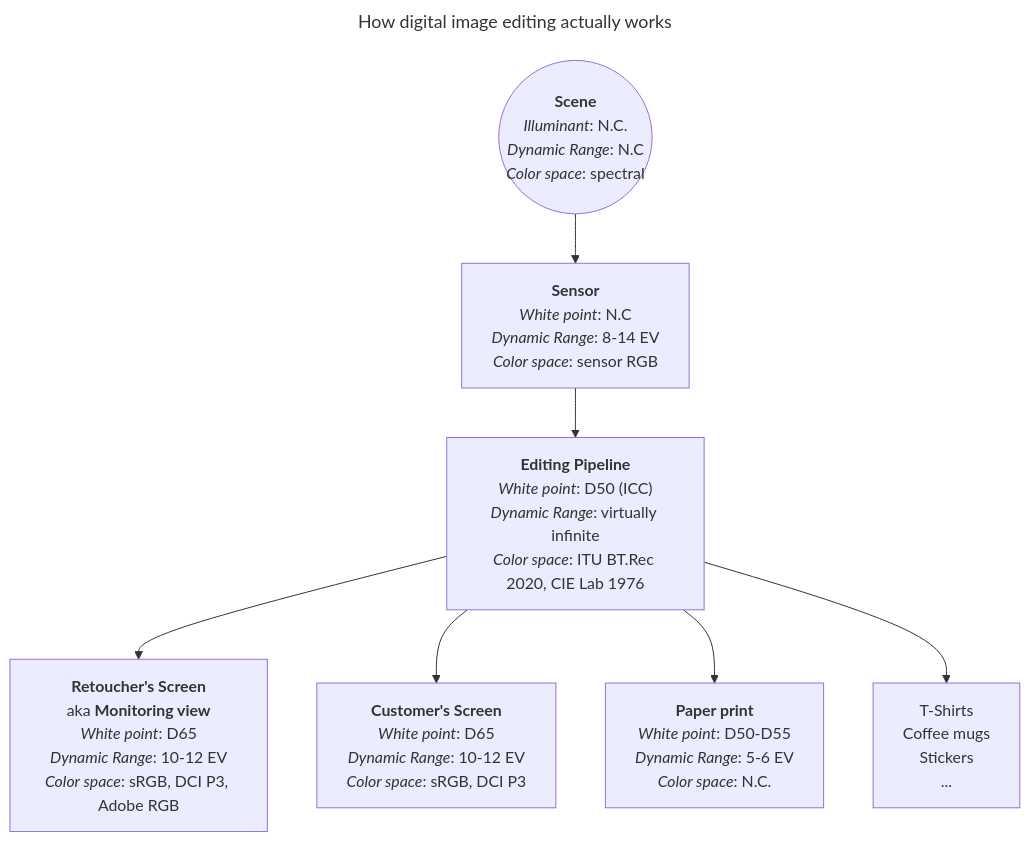
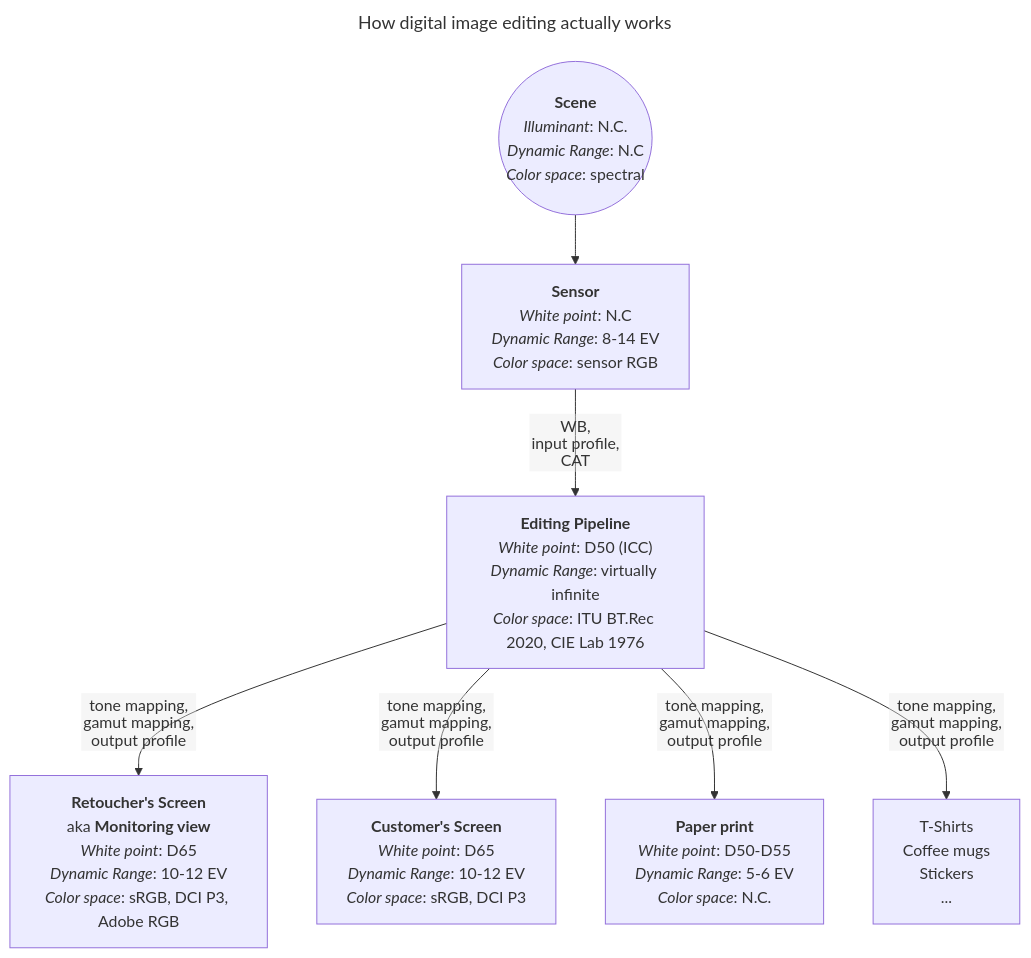
One commit to aurelienpierreeng/ansel-website changed the first of 3 diagrams in content/resources/white-balances/index.en.md. Above: the diagram before and after it, drawn with Mermaid. The commit also changed other lines of this file and 7 other files, not shown here.

````diff
--- a/content/resources/white-balances/index.en.md
+++ b/content/resources/white-balances/index.en.md
@@ -55,36 +85,46 @@
 ```mermaid
 ---
 title: How digital image editing actually works
 ---
-%%{init: {"flowchart": {"htmlLabels": false}} }%%
+%%{init: {"flowchart": {"htmlLabels": false, "htmlEdgeLabels": false}} }%%
 flowchart TD;
 Scene(("`__Scene__
 _Illuminant_: N.C.
 _Dynamic Range_: N.C
 _Color space_: spectral`"))
  --> Sensor["`__Sensor__
 _White point_: N.C
 _Dynamic Range_: 8-14 EV
 _Color space_: sensor RGB`"]
-Sensor --> Pipeline["`__Editing Pipeline__
+Sensor -- "`WB,
+input profile,
+CAT`" --> Pipeline["`__Editing Pipeline__
 _White point_: D50 (ICC)
 _Dynamic Range_: virtually infinite
 _Color space_: ITU BT.Rec 2020, CIE Lab 1976`"]
-Pipeline --> Screen["`__Retoucher's Screen__
+Pipeline --"`tone mapping,
+gamut mapping,
+output profile`" --> Screen["`__Retoucher's Screen__
 aka __Monitoring view__
 _White point_: D65
 _Dynamic Range_: 10-12 EV
 _Color space_: sRGB, DCI P3, Adobe RGB`"]
-Pipeline --> ScreenC["`__Customer's Screen__
+Pipeline -- "`tone mapping,
+gamut mapping,
+output profile`" --> ScreenC["`__Customer's Screen__
 _White point_: D65
 _Dynamic Range_: 10-12 EV
 _Color space_: sRGB, DCI P3`"]
-Pipeline --> Paper["`__Paper print__
+Pipeline -- "`tone mapping,
+gamut mapping,
+output profile`" --> Paper["`__Paper print__
 _White point_: D50-D55
 _Dynamic Range_: 5-6 EV
 _Color space_: N.C.`"]
-Pipeline --> T["`T-Shirts
+Pipeline --"`tone mapping,
+gamut mapping,
+output profile`" --> T["`T-Shirts
 Coffee mugs
 Stickers
 ...`"]
 ```
````
